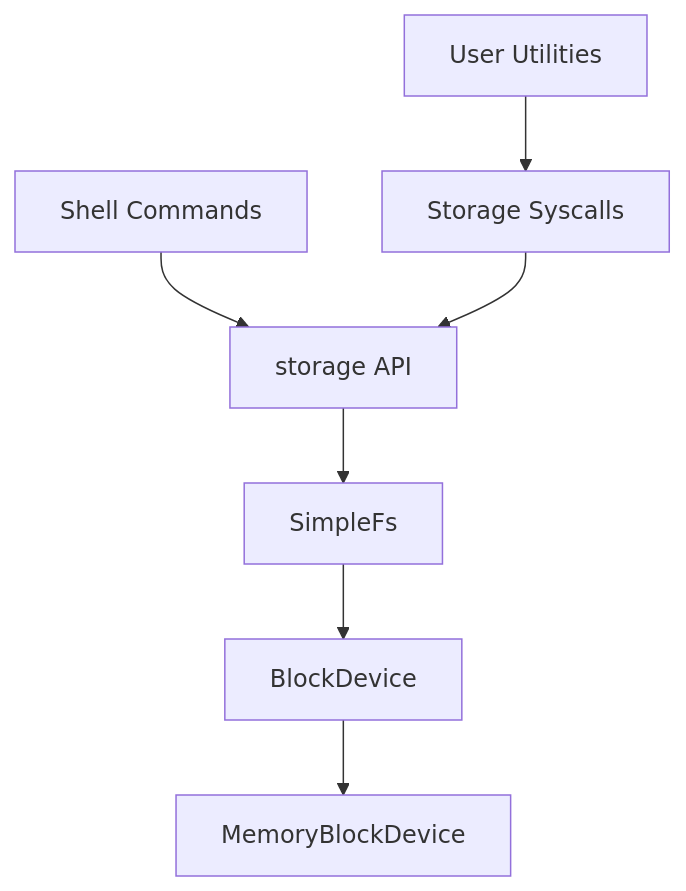
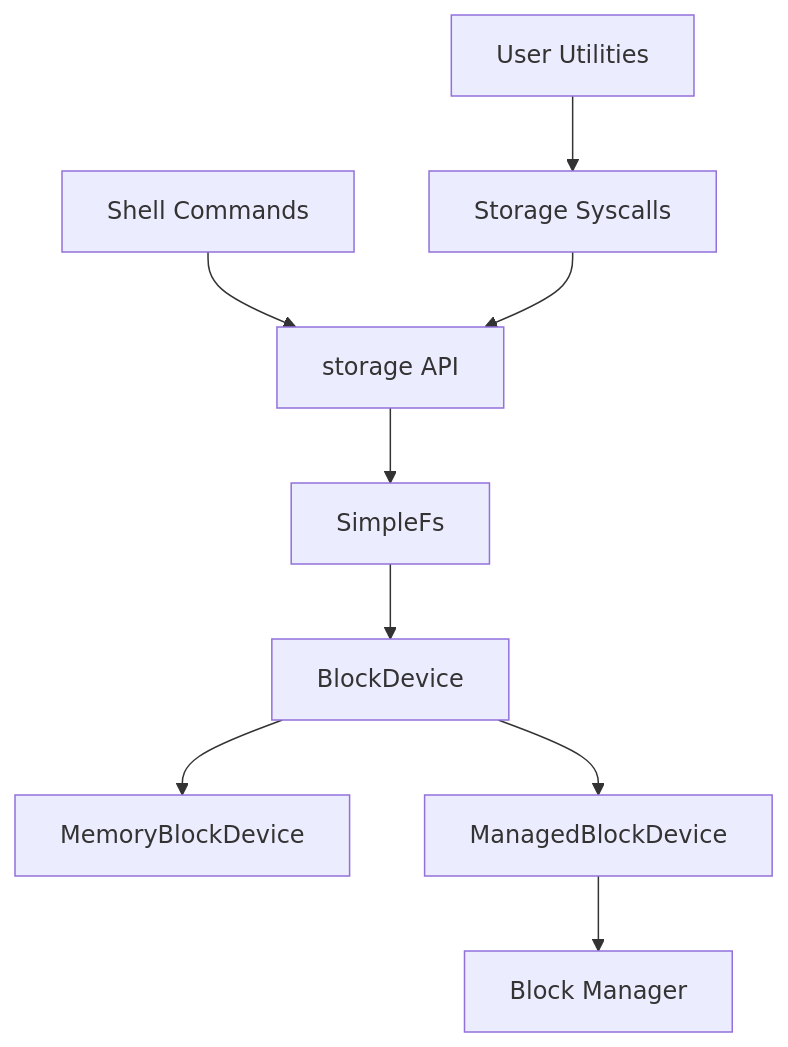
One commit to smartbooty69/AresOS changed the diagram in docs/STORAGE.md. Above: the diagram before and after it, drawn with Mermaid. The commit also changed other lines of this file and 3 other files, not shown here.

````diff
--- a/docs/STORAGE.md
+++ b/docs/STORAGE.md
@@ -7,9 +7,11 @@
 ```mermaid
 flowchart TD
 Shell[Shell Commands] --> StorageApi[storage API]
 Syscalls[Storage Syscalls] --> StorageApi
 Userspace[User Utilities] --> Syscalls
 StorageApi --> SimpleFs[SimpleFs]
 SimpleFs --> BlockDevice[BlockDevice]
 BlockDevice --> MemoryBlockDevice[MemoryBlockDevice]
+BlockDevice --> ManagedBlockDevice[ManagedBlockDevice]
+ManagedBlockDevice --> BlockManager[Block Manager]
 ```
````
